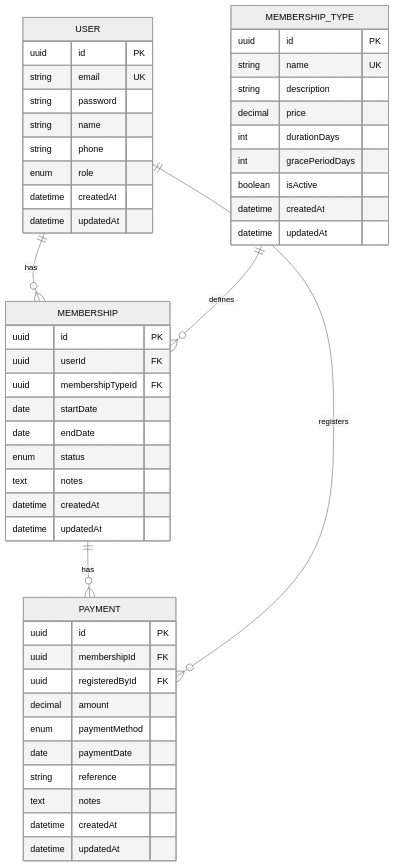
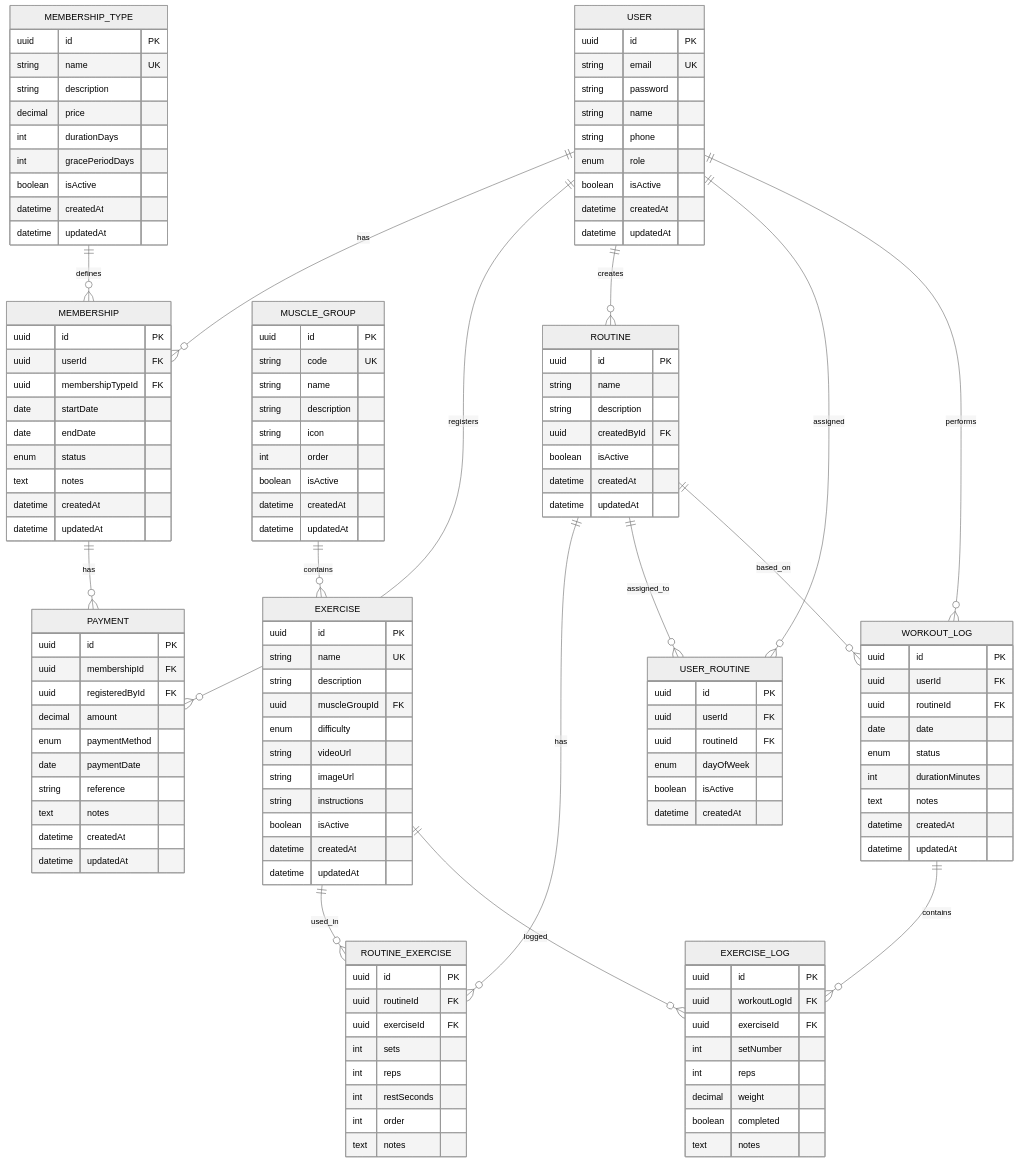
Before and after one commit to fedebracesco1990/fitflow: the fourth of 9 diagrams in docs/ARCHITECTURE.md, drawn with Mermaid (neutral theme). The commit also changed other lines of this file and 45 other files, not shown here.

Commit message:
[FITFLOW-06] feat: MuscleGroup entity + auto seeding system

````diff
--- a/docs/ARCHITECTURE.md
+++ b/docs/ARCHITECTURE.md
@@ -189,6 +196,7 @@
         string name
         string phone
         enum role
+        boolean isActive
         datetime createdAt
         datetime updatedAt
     }
@@ -232,4 +240,93 @@
         datetime createdAt
         datetime updatedAt
     }
+
+    MUSCLE_GROUP ||--o{ EXERCISE : contains
+    MUSCLE_GROUP {
+        uuid id PK
+        string code UK
+        string name
+        string description
+        string icon
+        int order
+        boolean isActive
+        datetime createdAt
+        datetime updatedAt
+    }
+
+    EXERCISE ||--o{ ROUTINE_EXERCISE : used_in
+    EXERCISE {
+        uuid id PK
+        string name UK
+        string description
+        uuid muscleGroupId FK
+        enum difficulty
+        string videoUrl
+        string imageUrl
+        string instructions
+        boolean isActive
+        datetime createdAt
+        datetime updatedAt
+    }
+
+    ROUTINE ||--o{ ROUTINE_EXERCISE : has
+    USER ||--o{ ROUTINE : creates
+    ROUTINE {
+        uuid id PK
+        string name
+        string description
+        uuid createdById FK
+        boolean isActive
+        datetime createdAt
+        datetime updatedAt
+    }
+
+    ROUTINE_EXERCISE {
+        uuid id PK
+        uuid routineId FK
+        uuid exerciseId FK
+        int sets
+        int reps
+        int restSeconds
+        int order
+        text notes
+    }
+
+    USER ||--o{ USER_ROUTINE : assigned
+    ROUTINE ||--o{ USER_ROUTINE : assigned_to
+    USER_ROUTINE {
+        uuid id PK
+        uuid userId FK
+        uuid routineId FK
+        enum dayOfWeek
+        boolean isActive
+        datetime createdAt
+    }
+
+    USER ||--o{ WORKOUT_LOG : performs
+    ROUTINE ||--o{ WORKOUT_LOG : based_on
+    WORKOUT_LOG {
+        uuid id PK
+        uuid userId FK
+        uuid routineId FK
+        date date
+        enum status
+        int durationMinutes
+        text notes
+        datetime createdAt
+        datetime updatedAt
+    }
+
+    WORKOUT_LOG ||--o{ EXERCISE_LOG : contains
+    EXERCISE ||--o{ EXERCISE_LOG : logged
+    EXERCISE_LOG {
+        uuid id PK
+        uuid workoutLogId FK
+        uuid exerciseId FK
+        int setNumber
+        int reps
+        decimal weight
+        boolean completed
+        text notes
+    }
 ```
````
